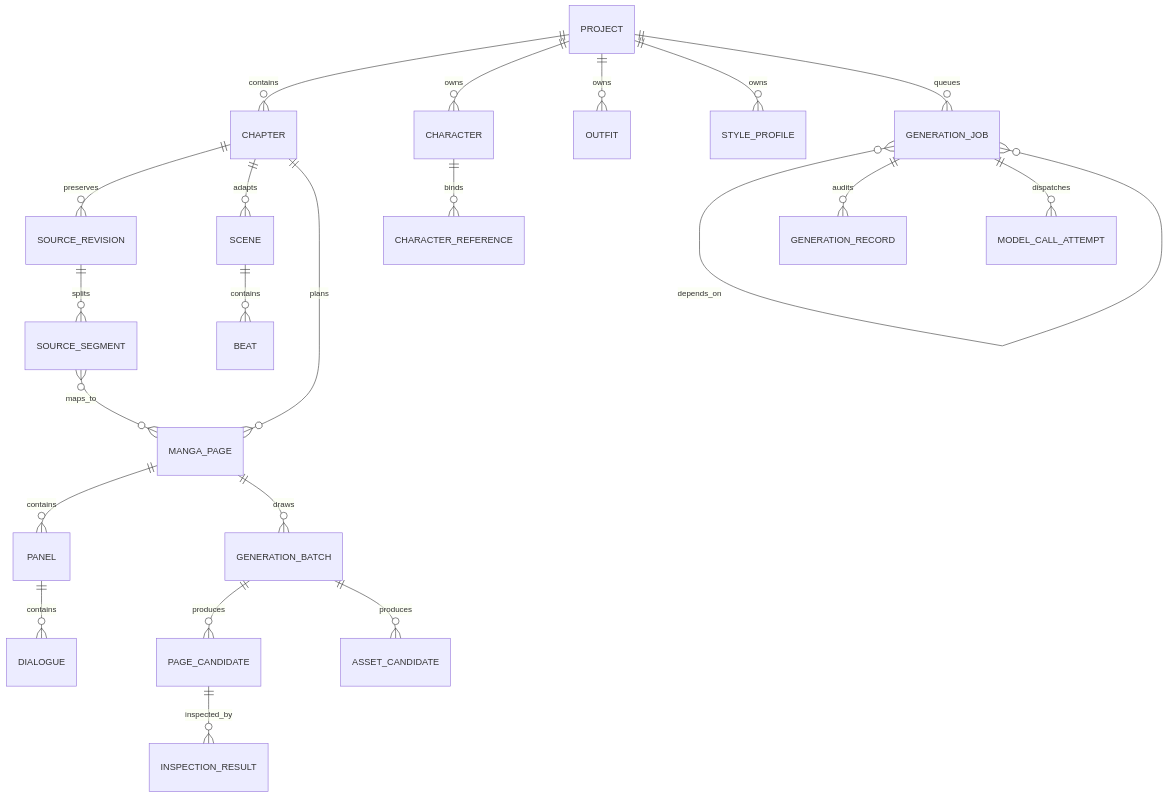
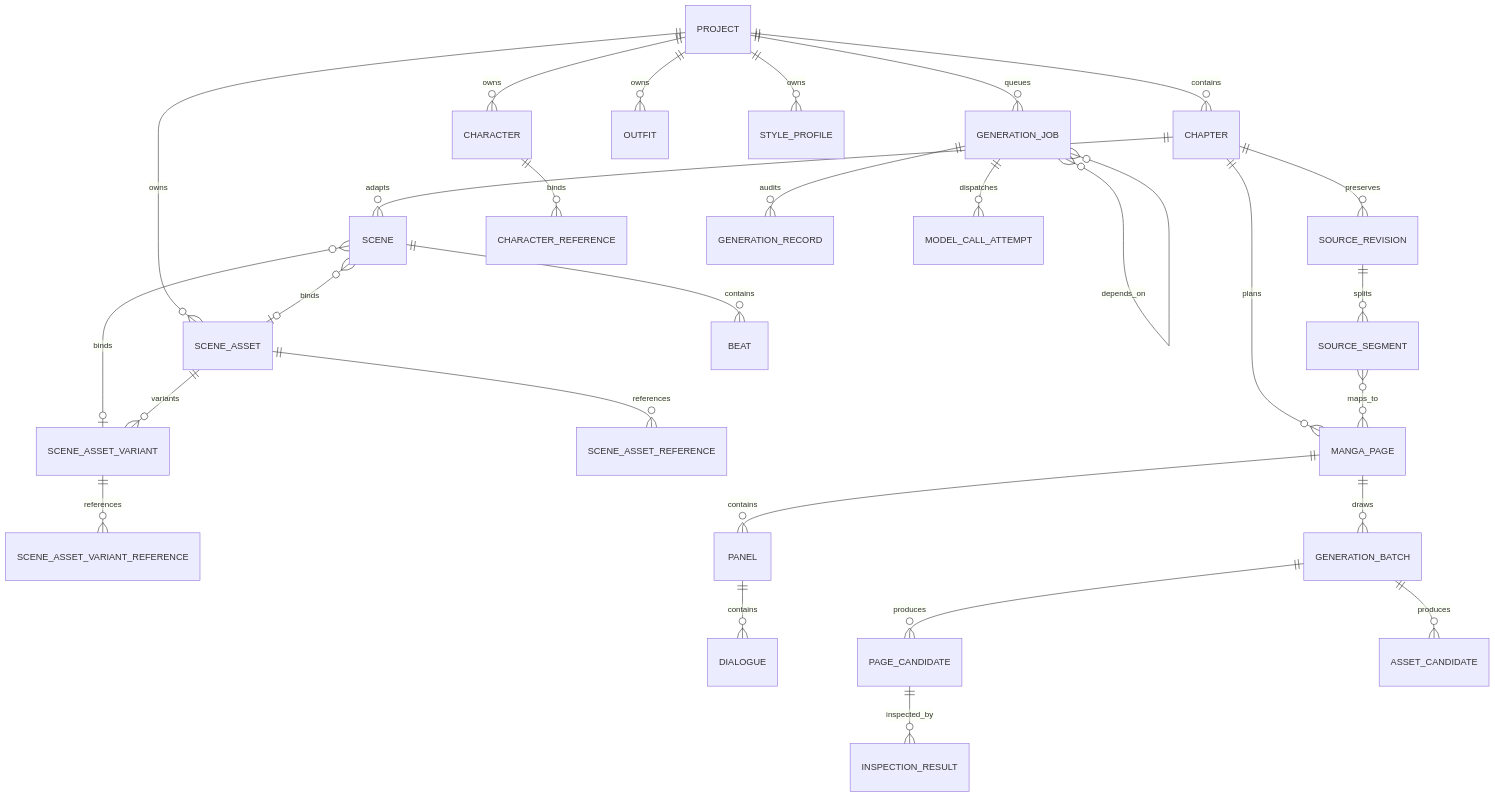
Before and after one commit to coffe01-10/MangaFlow: the first of 3 diagrams in docs/data-model.md, drawn with Mermaid. The commit also changed other lines of this file and 13 other files, not shown here.

Commit message:
Add first-class scene assets with bindings and variants

````diff
--- a/docs/data-model.md
+++ b/docs/data-model.md
@@ -17,24 +17,30 @@
 ```mermaid
 erDiagram
     PROJECT ||--o{ CHAPTER : contains
     PROJECT ||--o{ CHARACTER : owns
     PROJECT ||--o{ OUTFIT : owns
     PROJECT ||--o{ STYLE_PROFILE : owns
+    PROJECT ||--o{ SCENE_ASSET : owns
     PROJECT ||--o{ GENERATION_JOB : queues
     CHAPTER ||--o{ SOURCE_REVISION : preserves
     SOURCE_REVISION ||--o{ SOURCE_SEGMENT : splits
     CHAPTER ||--o{ SCENE : adapts
     SCENE ||--o{ BEAT : contains
+    SCENE }o--o| SCENE_ASSET : binds
+    SCENE }o--o| SCENE_ASSET_VARIANT : binds
+    SCENE_ASSET ||--o{ SCENE_ASSET_REFERENCE : references
+    SCENE_ASSET ||--o{ SCENE_ASSET_VARIANT : variants
+    SCENE_ASSET_VARIANT ||--o{ SCENE_ASSET_VARIANT_REFERENCE : references
     CHAPTER ||--o{ MANGA_PAGE : plans
     SOURCE_SEGMENT }o--o{ MANGA_PAGE : maps_to
     MANGA_PAGE ||--o{ PANEL : contains
     PANEL ||--o{ DIALOGUE : contains
     MANGA_PAGE ||--o{ GENERATION_BATCH : draws
     GENERATION_BATCH ||--o{ PAGE_CANDIDATE : produces
     GENERATION_BATCH ||--o{ ASSET_CANDIDATE : produces
     CHARACTER ||--o{ CHARACTER_REFERENCE : binds
     GENERATION_JOB }o--o{ GENERATION_JOB : depends_on
     GENERATION_JOB ||--o{ GENERATION_RECORD : audits
     GENERATION_JOB ||--o{ MODEL_CALL_ATTEMPT : dispatches
     PAGE_CANDIDATE ||--o{ INSPECTION_RESULT : inspected_by
 ```
````
